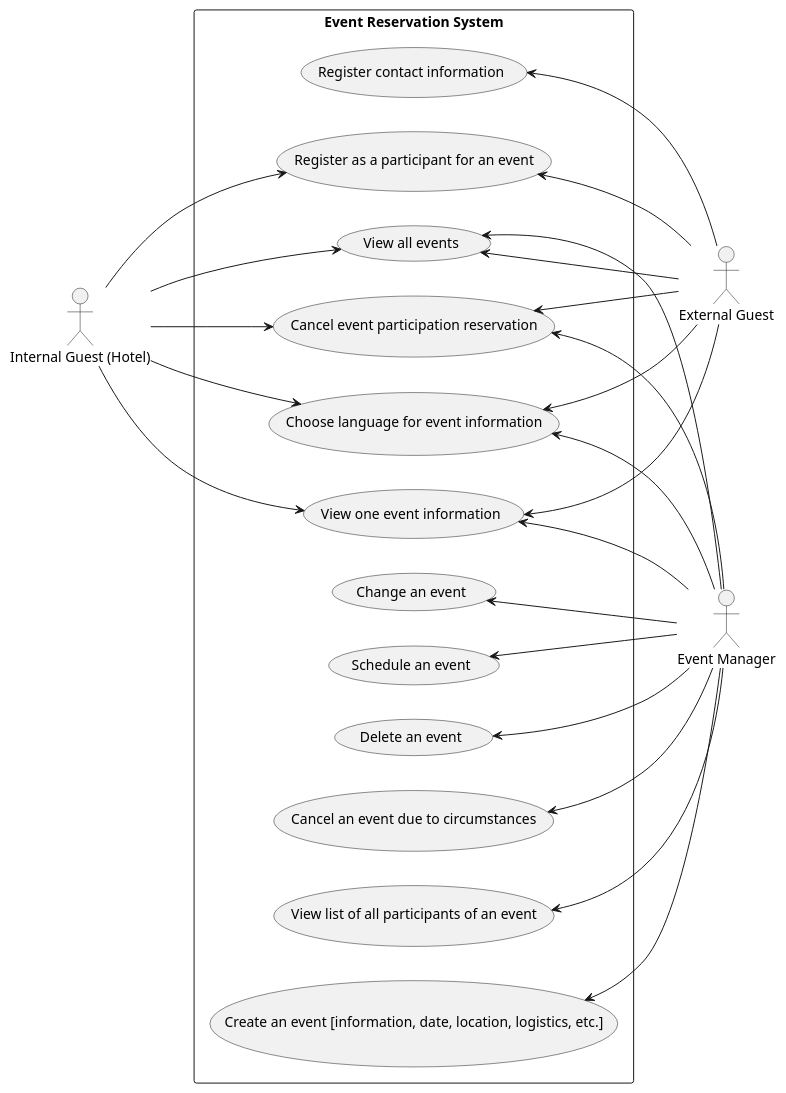
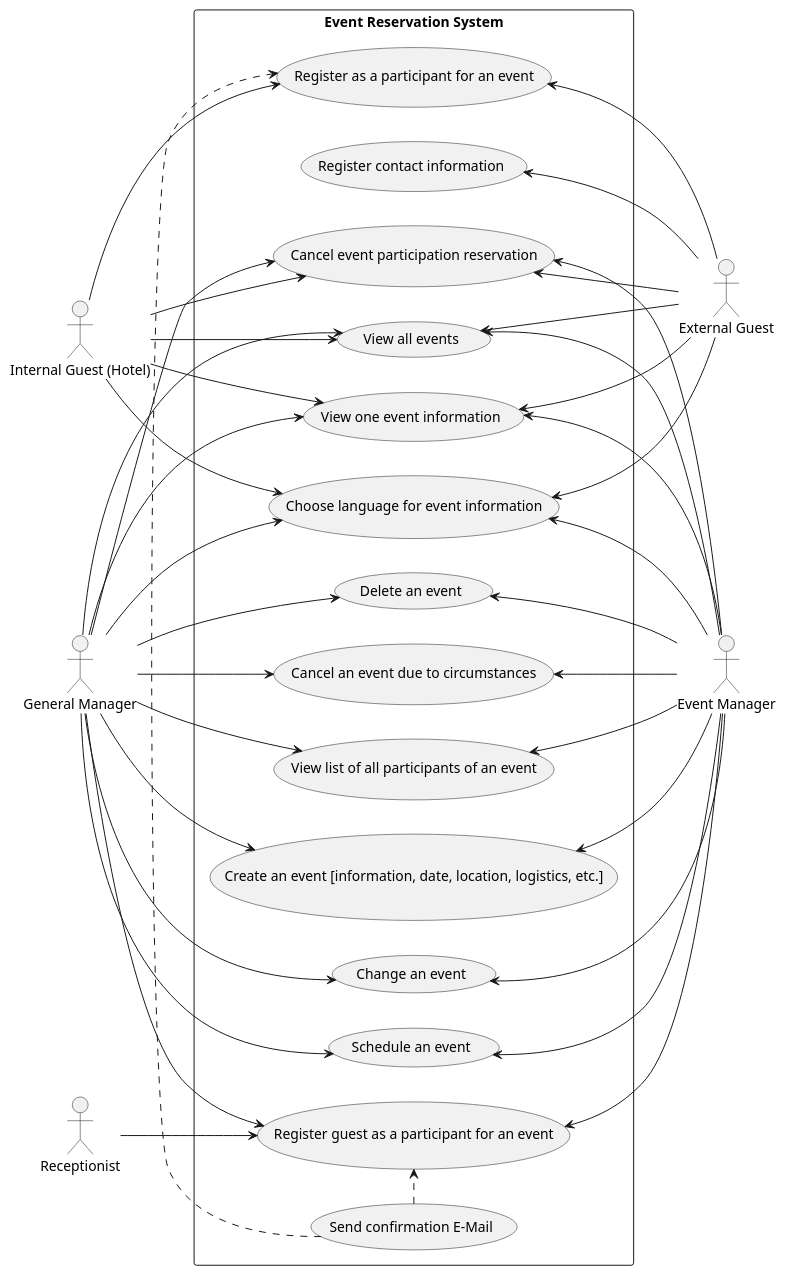
One commit to mrjink/molveno changed the diagram in src/main/docs/uml/use-case/events/reservation.puml. Above: the diagram before and after it, drawn with PlantUML. The commit also changed 2 other files, not shown here.

```diff
--- a/src/main/docs/uml/use-case/events/reservation.puml
+++ b/src/main/docs/uml/use-case/events/reservation.puml
@@ -1,46 +1,71 @@
 @startuml
 
 left to right direction
 
+
 actor "Internal Guest (Hotel)" as Guest
 actor "Event Manager" as EM
+actor "General Manager" as GM
 actor "External Guest" as EX
+actor "Receptionist" as REC
 
 rectangle "Event Reservation System" {
     (Register as a participant for an event) as (EventBook)
     (Cancel event participation reservation) as (EventReservationCancel)
     (View all events) as (EventAll)
     (View one event information) as (EventView)
     (Choose language for event information) as (EventLanguage)
     (Create an event [information, date, location, logistics, etc.]) as (EventCreate)
     (Change an event) as (EventChange)
     (Schedule an event) as (EventSchedule)
     (Delete an event) as (EventDelete)
     (Cancel an event due to circumstances) as (EventCancel)
+    (Register guest as a participant for an event) as (RegisterParticipant)
+    (View list of all participants of an event) as (ViewAll)
+
 
     Guest --> (EventBook)
     Guest --> (EventReservationCancel)
     Guest --> (EventAll)
     Guest --> (EventView)
     Guest --> (EventLanguage)
 
     (EventBook) <-- EX
     (EventReservationCancel) <-- EX
     (EventAll) <-- EX
     (EventView) <-- EX
     (EventLanguage) <-- EX
     (Register contact information) <-- EX
 
+    (Send confirmation E-Mail) .> (EventBook)
+
     (EventAll) <-- EM
     (EventView) <-- EM
     (EventLanguage) <-- EM
     (EventCreate) <-- EM
     (EventChange) <-- EM
     (EventSchedule) <-- EM
     (EventDelete) <-- EM
     (EventReservationCancel) <-- EM
     (EventCancel) <-- EM
-    (View list of all participants of an event) <-- EM
+    (ViewAll) <-- EM
+    (RegisterParticipant) <-- EM
+
+    GM --> (EventAll)
+    GM --> (EventView)
+    GM --> (EventLanguage)
+    GM --> (EventCreate)
+    GM --> (EventChange)
+    GM --> (EventSchedule)
+    GM --> (EventDelete)
+    GM --> (EventReservationCancel)
+    GM --> (EventCancel)
+    GM --> (ViewAll)
+    GM --> (RegisterParticipant)
+
+    REC --> (RegisterParticipant)
+
+    (Send confirmation E-Mail) .> (RegisterParticipant)
 }
 
 @enduml
```
